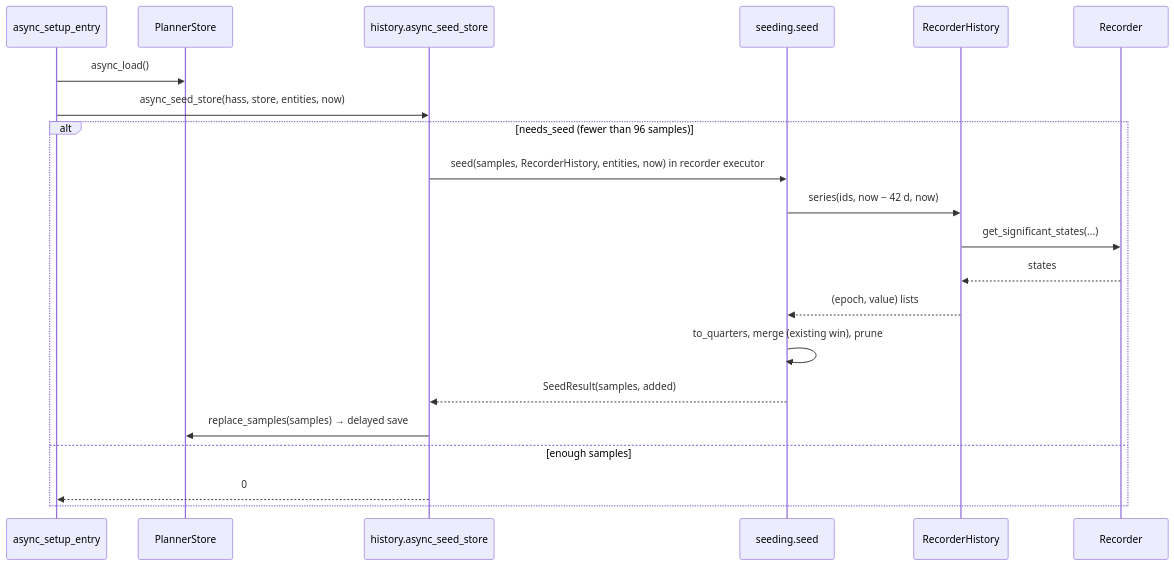
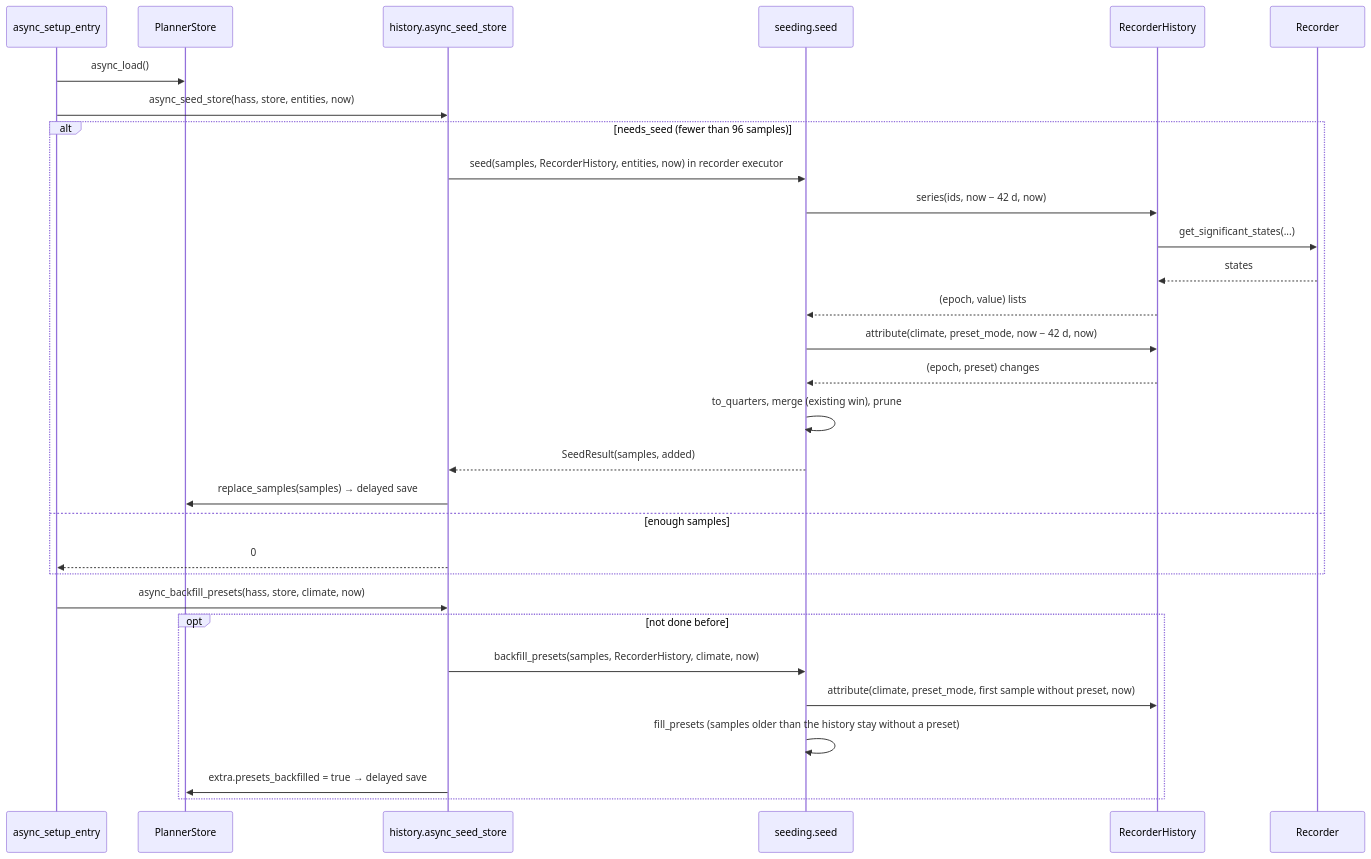
One commit to abroeders/pond-heatpump-price-planner changed the third of 25 diagrams in docs/architecture.md. Above: the diagram before and after it, drawn with Mermaid. The commit also changed other lines of this file and 6 other files, not shown here.

Commit message:
docs: boost mode and capacity preset (#37)

````diff
--- a/docs/architecture.md
+++ b/docs/architecture.md
@@ -233,23 +247,32 @@
 ```mermaid
 sequenceDiagram
     participant Setup as async_setup_entry
     participant Store as PlannerStore
     participant Fn as history.async_seed_store
     participant Seed as seeding.seed
     participant Hist as RecorderHistory
     participant Rec as Recorder
     Setup->>Store: async_load()
     Setup->>Fn: async_seed_store(hass, store, entities, now)
     alt needs_seed (fewer than 96 samples)
         Fn->>Seed: seed(samples, RecorderHistory, entities, now) in recorder executor
         Seed->>Hist: series(ids, now − 42 d, now)
         Hist->>Rec: get_significant_states(...)
         Rec-->>Hist: states
         Hist-->>Seed: (epoch, value) lists
+        Seed->>Hist: attribute(climate, preset_mode, now − 42 d, now)
+        Hist-->>Seed: (epoch, preset) changes
         Seed->>Seed: to_quarters, merge (existing win), prune
         Seed-->>Fn: SeedResult(samples, added)
         Fn->>Store: replace_samples(samples) → delayed save
     else enough samples
         Fn-->>Setup: 0
     end
+    Setup->>Fn: async_backfill_presets(hass, store, climate, now)
+    opt not done before
+        Fn->>Seed: backfill_presets(samples, RecorderHistory, climate, now)
+        Seed->>Hist: attribute(climate, preset_mode, first sample without preset, now)
+        Seed->>Seed: fill_presets (samples older than the history stay without a preset)
+        Fn->>Store: extra.presets_backfilled = true → delayed save
+    end
 ```
````
